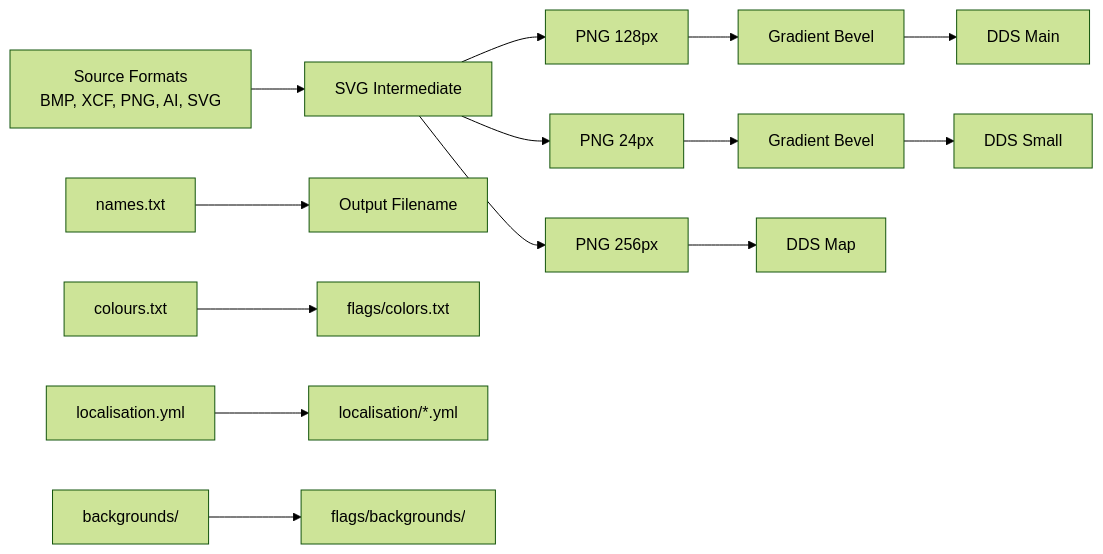
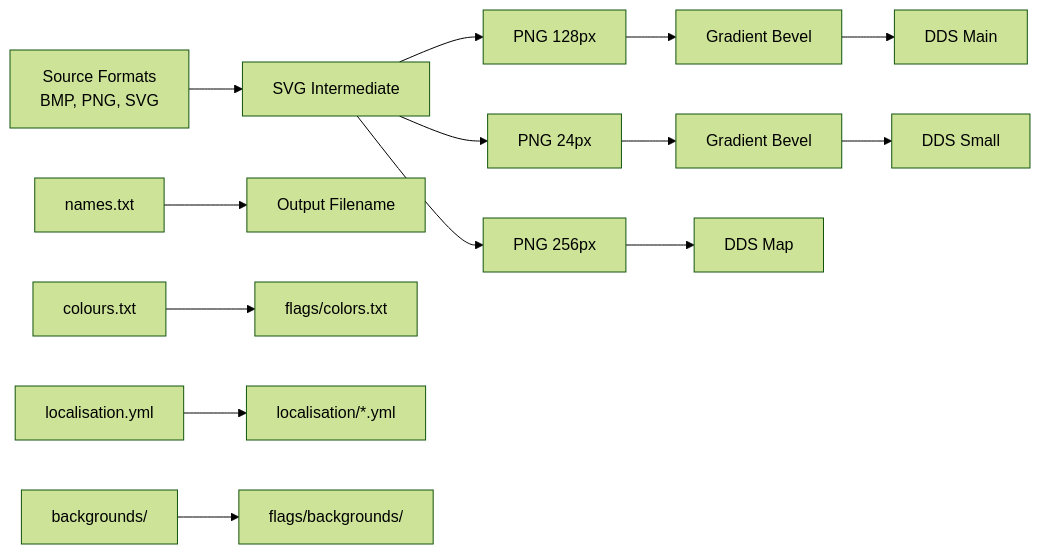
The fourth of 5 diagrams in ARCHITECTURE.md (hmlendea/stellaris-ui-flags), drawn with Mermaid (forest theme) before and after one commit. The commit also changed other lines of this file and 32 other files, not shown here.

Commit message:
optimisation: Removed the dead XCF and AI source paths

````diff
--- a/ARCHITECTURE.md
+++ b/ARCHITECTURE.md
@@ -203,16 +203,16 @@
 ```mermaid
 flowchart LR
-    SourceFormats[Source Formats\nBMP, XCF, PNG, AI, SVG] --> SVG[SVG Intermediate]
+    SourceFormats[Source Formats\nBMP, PNG, SVG] --> SVG[SVG Intermediate]
     SVG --> PNG128[PNG 128px]
     SVG --> PNG256[PNG 256px]
     SVG --> PNG24[PNG 24px]
     PNG128 --> Bevel128[Gradient Bevel]
     PNG24 --> Bevel24[Gradient Bevel]
     Bevel128 --> DDSMain[DDS Main]
     PNG256 --> DDSMap[DDS Map]
     Bevel24 --> DDSSmall[DDS Small]
     Names[names.txt] --> Filename[Output Filename]
     Colours[colours.txt] --> OutputColours[flags/colors.txt]
     Localisation[localisation.yml] --> OutputLoc[localisation/*.yml]
     Backgrounds[backgrounds/] --> OutputBG[flags/backgrounds/]
 ```
````
